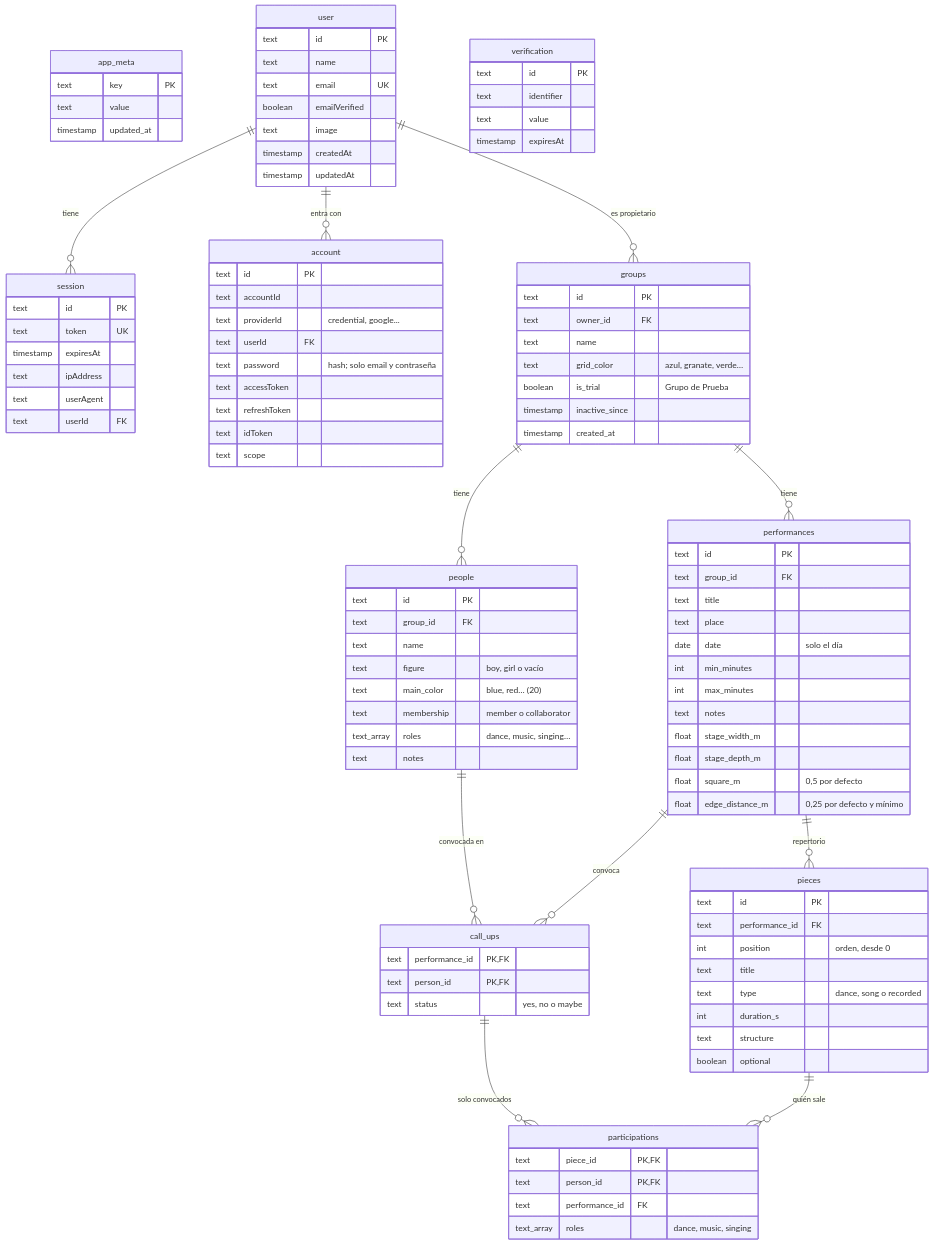
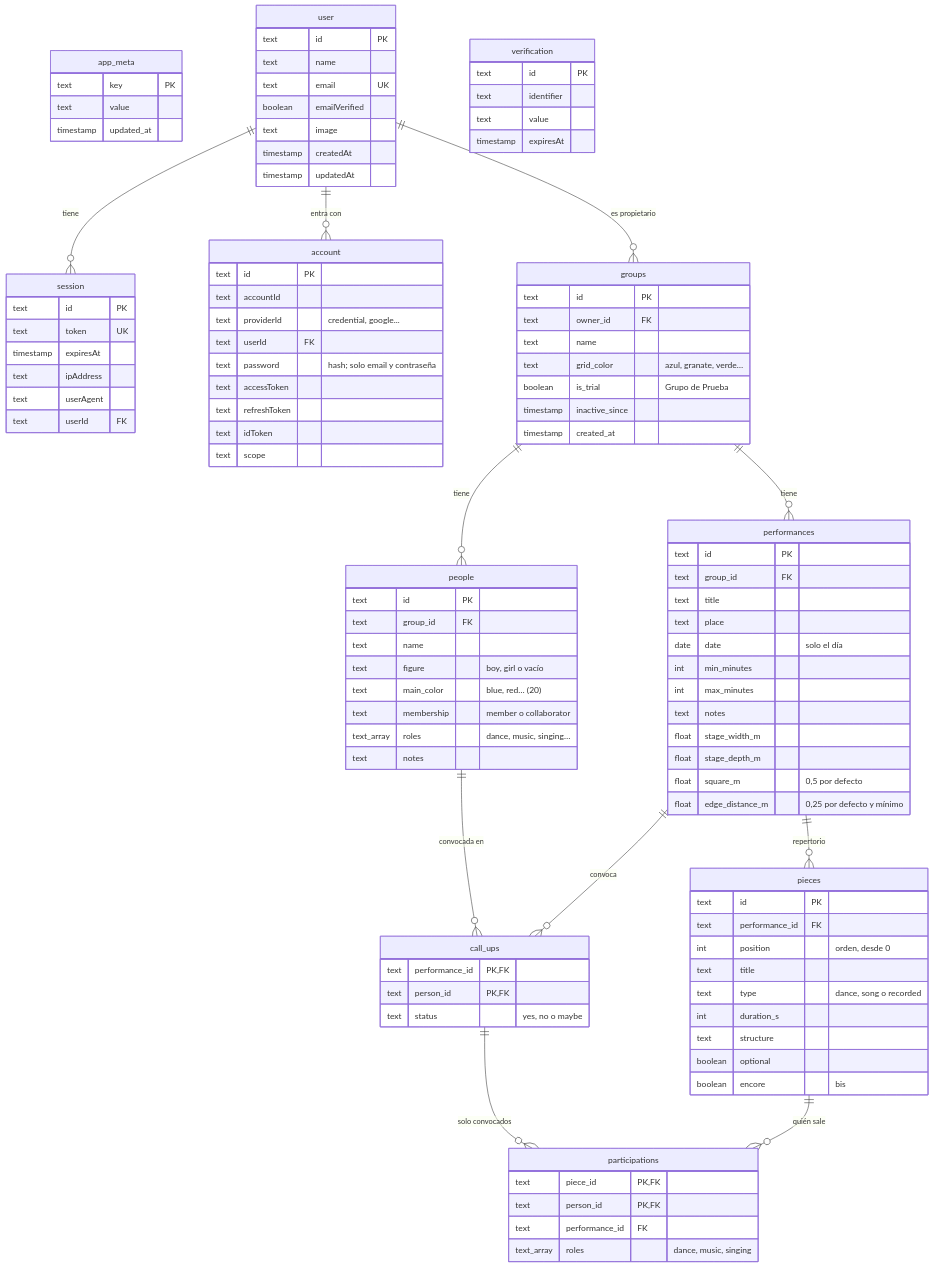
One commit to juananmgz/cuadrocorrocalle changed the first of 2 diagrams in documentation/database.md. Above: the diagram before and after it, drawn with Mermaid. The commit also changed other lines of this file and 18 other files, not shown here.

```diff
--- a/documentation/database.md
+++ b/documentation/database.md
@@ -110,6 +111,7 @@
     int duration_s
     text structure
     boolean optional
+    boolean encore "bis"
   }
   pieces ||--o{ participations : "quién sale"
   call_ups ||--o{ participations : "solo convocados"
```
